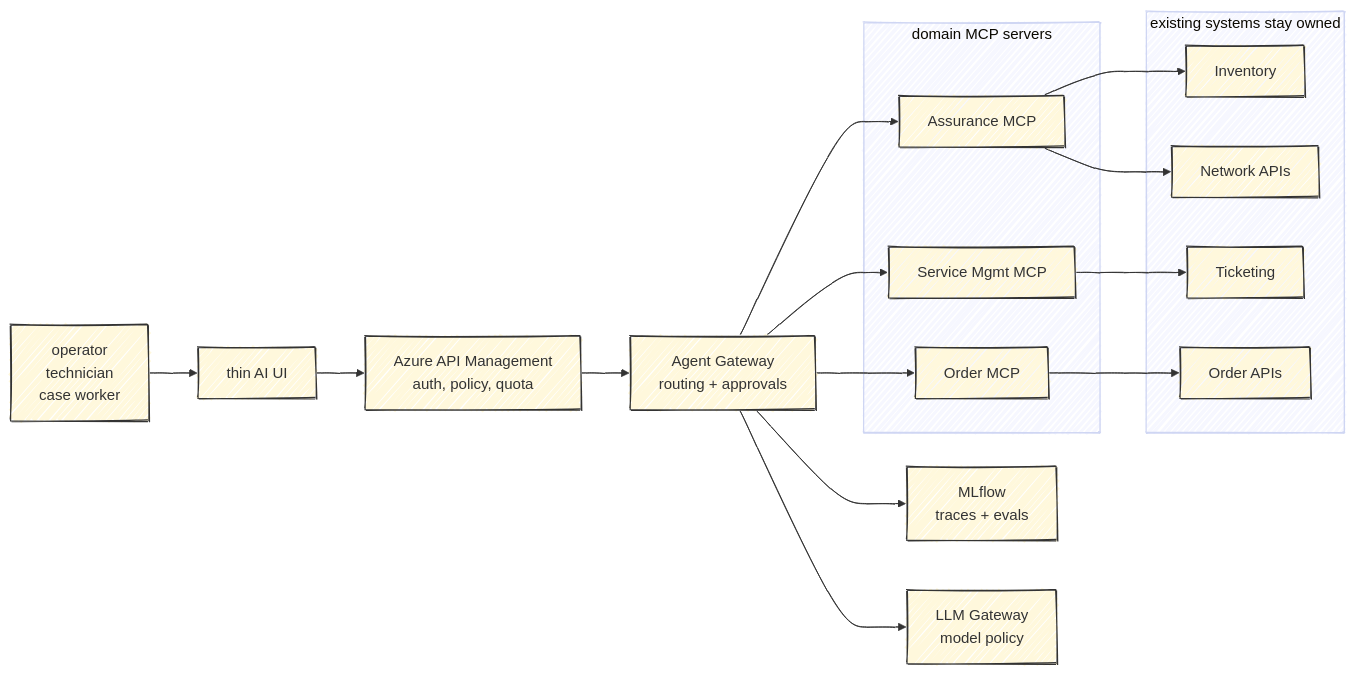
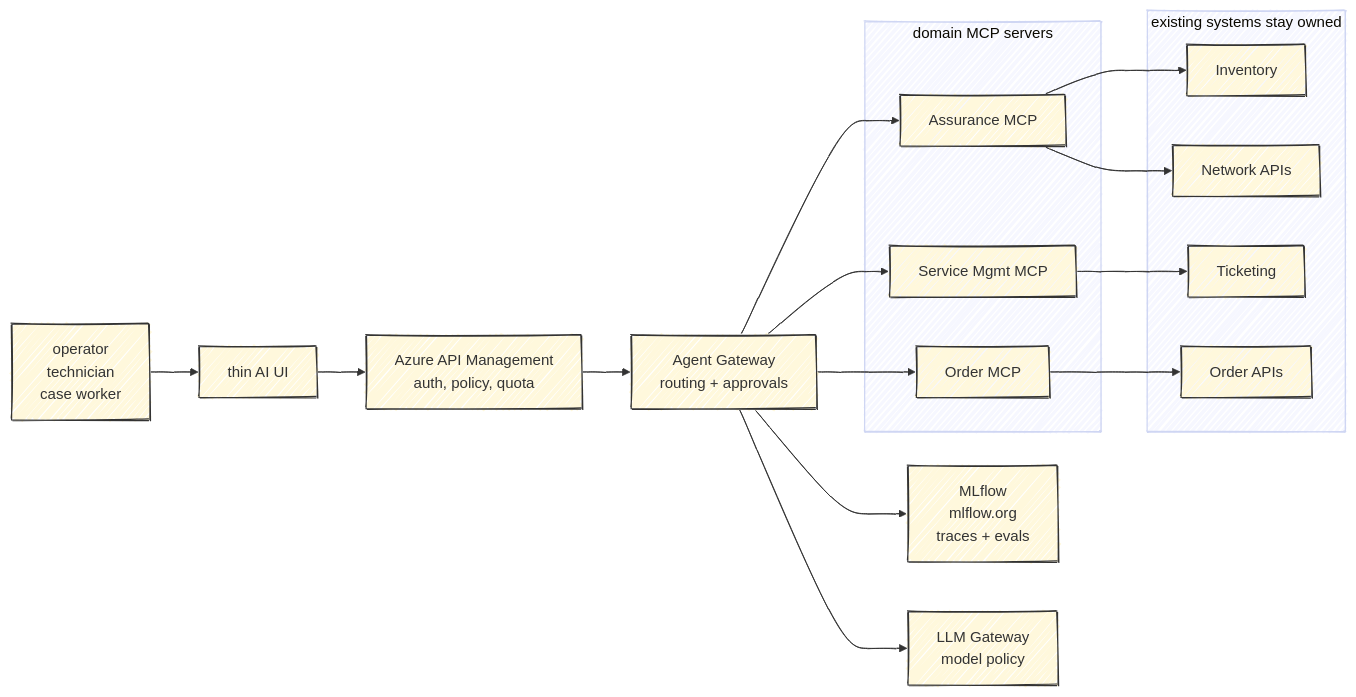
The first of 3 diagrams in src/content/blog/2026/2026-08-13-building-mcp-platform-limited-budget.mdx (nikolajflojgaard/website), drawn with Mermaid before and after one commit. The commit also changed other lines of this file, not shown here.

Commit message:
Clarify MLflow.org in MCP article

````diff
--- a/src/content/blog/2026/2026-08-13-building-mcp-platform-limited-budget.mdx
+++ b/src/content/blog/2026/2026-08-13-building-mcp-platform-limited-budget.mdx
@@ -117,34 +117,34 @@
 ```mermaid
 %%{init: {"look": "handDrawn", "theme": "base", "themeVariables": {"fontFamily": "Comic Sans MS, Virgil, Arial", "primaryColor": "#fff8dc", "primaryBorderColor": "#333", "lineColor": "#333"}}}%%
 flowchart LR
   user["operator<br/>technician<br/>case worker"]
   ui["thin AI UI"]
   apim["Azure API Management<br/>auth, policy, quota"]
   gateway["Agent Gateway<br/>routing + approvals"]
-  mlflow["MLflow<br/>traces + evals"]
+  mlflow["MLflow<br/>mlflow.org<br/>traces + evals"]
   llm["LLM Gateway<br/>model policy"]
 
   subgraph mcp["domain MCP servers"]
     assurance["Assurance MCP"]
     order["Order MCP"]
     service["Service Mgmt MCP"]
   end
 
   subgraph systems["existing systems stay owned"]
     inventory["Inventory"]
     network["Network APIs"]
     tickets["Ticketing"]
     orders["Order APIs"]
   end
 
   user --> ui --> apim --> gateway
   gateway --> llm
   gateway --> mlflow
   gateway --> assurance
   gateway --> order
   gateway --> service
   assurance --> inventory
   assurance --> network
   order --> orders
   service --> tickets
 ```
````
